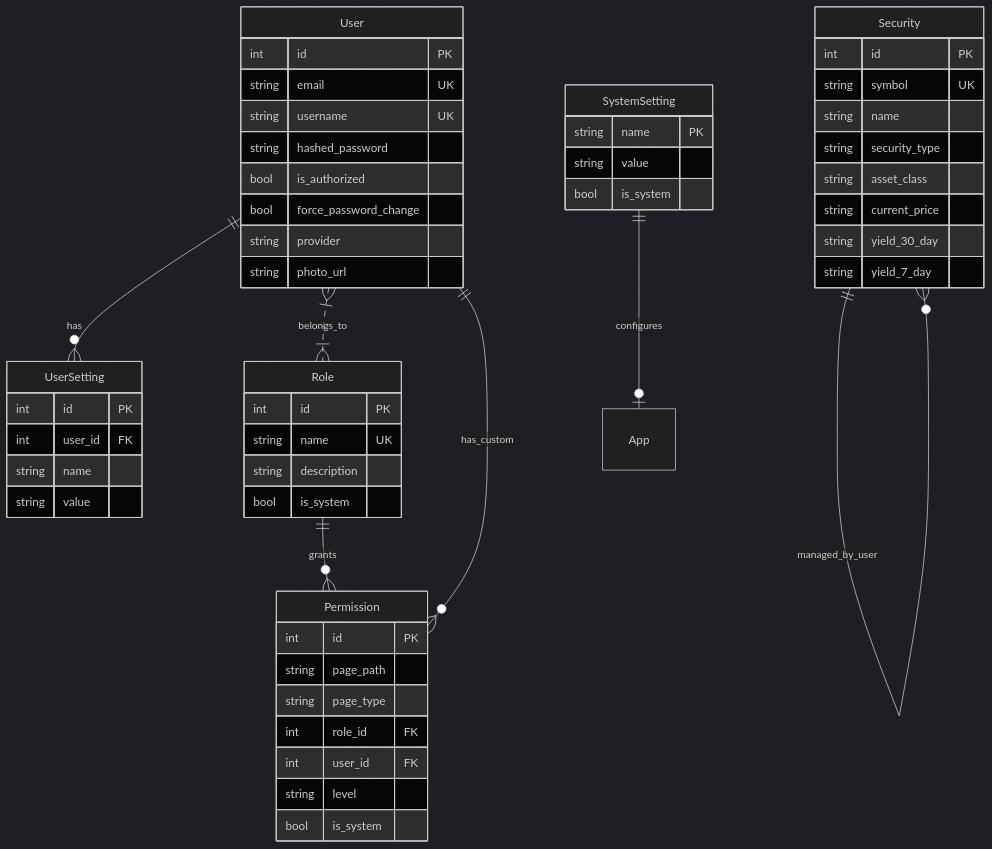
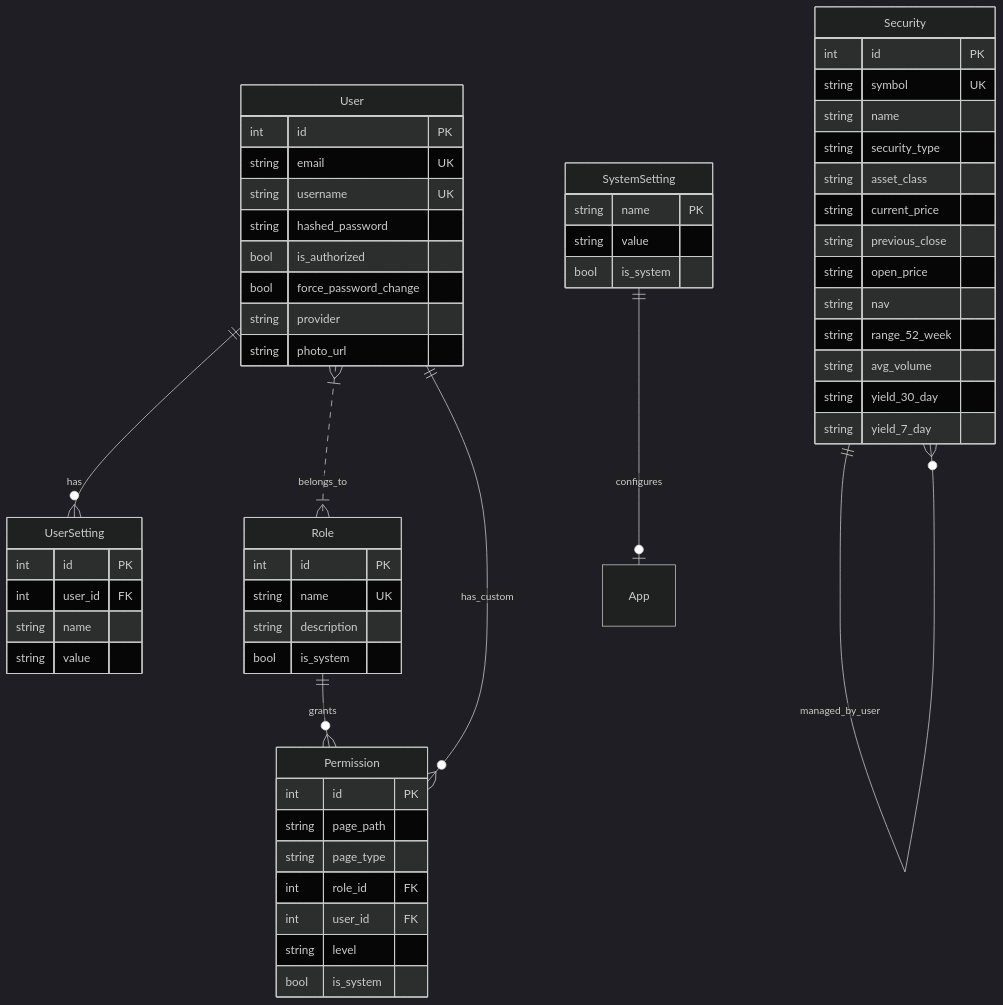
Before and after one commit to pjtallman/RateEye: the diagram in doc/ARCHITECTURE.md, drawn with Mermaid (dark theme). The commit also changed 2 other files, not shown here.

Commit message:
Updated documentation for Milestone 8

````diff
--- a/doc/ARCHITECTURE.md
+++ b/doc/ARCHITECTURE.md
@@ -76,56 +76,61 @@
 ```mermaid
 erDiagram
     User ||--o{ UserSetting : has
     User }|..|{ Role : belongs_to
     Role ||--o{ Permission : grants
     User ||--o{ Permission : has_custom
     Security ||--o{ Security : managed_by_user
     SystemSetting ||--o| App : configures
 
     User {
         int id PK
         string email UK
         string username UK
         string hashed_password
         bool is_authorized
         bool force_password_change
         string provider
         string photo_url
     }
     Role {
         int id PK
         string name UK
         string description
         bool is_system
     }
     Permission {
         int id PK
         string page_path
         string page_type
         int role_id FK
         int user_id FK
         string level
         bool is_system
     }
     Security {
         int id PK
         string symbol UK
         string name
         string security_type
         string asset_class
         string current_price
+        string previous_close
+        string open_price
+        string nav
+        string range_52_week
+        string avg_volume
         string yield_30_day
         string yield_7_day
     }
     SystemSetting {
         string name PK
         string value
         bool is_system
     }
     UserSetting {
         int id PK
         int user_id FK
         string name
         string value
     }
 ```
````
